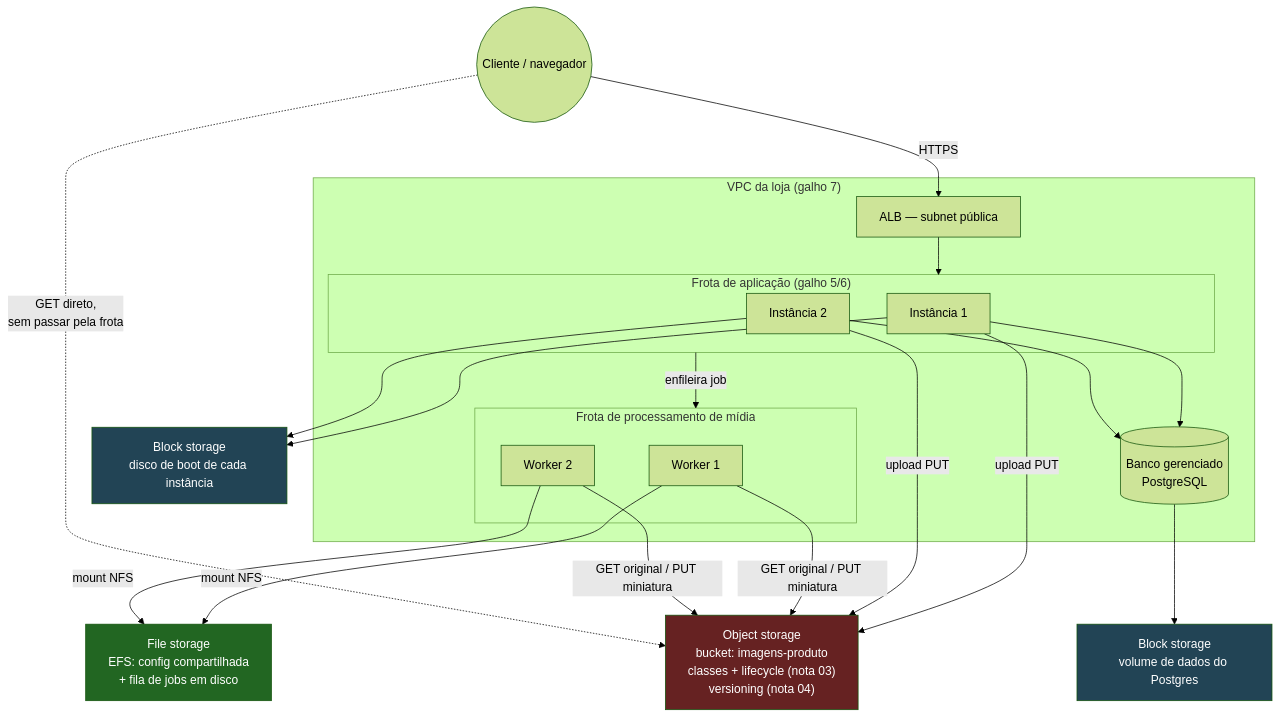
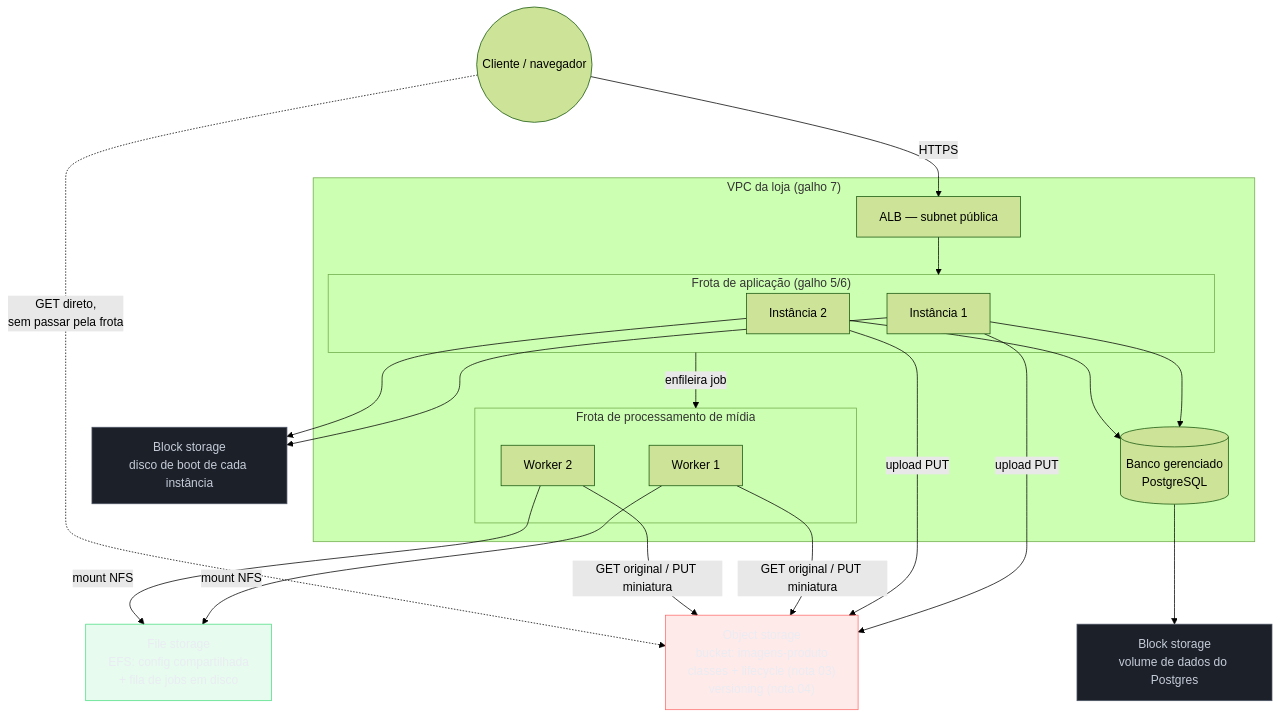
One commit to josenaldo/codex-technomanticus changed the third of 3 diagrams in 03-Dominios/Tecnologia/Cloud/08 - Armazenamento (object, block e file)/06 - File storage e a escolha do armazenamento.md. Above: the diagram before and after it, drawn with Mermaid (forest theme). The commit also changed other lines of this file and 1181 other files, not shown here.

First line of the commit message:
fix(diagramas): paleta do sistema no lugar de cor cravada no markdown

````diff
--- a/03-Dominios/Tecnologia/Cloud/08 - Armazenamento (object, block e file)/06 - File storage e a escolha do armazenamento.md
+++ b/03-Dominios/Tecnologia/Cloud/08 - Armazenamento (object, block e file)/06 - File storage e a escolha do armazenamento.md
@@ -309,36 +312,39 @@
 ```mermaid
 flowchart TB
+    classDef falha fill:#FF6B6B24,stroke:#FF6B6B,color:#E9ECF2
+    classDef ok fill:#4ADE8021,stroke:#4ADE80,color:#E9ECF2
+    classDef neutro fill:#1B2029,stroke:#4E5666,color:#C6CCD8
     User(("Cliente / navegador"))
 
     subgraph VPC["VPC da loja (galho 7)"]
         ALB["ALB — subnet pública"]
         subgraph AppTier["Frota de aplicação (galho 5/6)"]
             App1["Instância 1"]
             App2["Instância 2"]
         end
         subgraph Pipeline["Frota de processamento de mídia"]
             Pipe1["Worker 1"]
             Pipe2["Worker 2"]
         end
         DB[("Banco gerenciado<br/>PostgreSQL")]
     end
 
     EBSBoot["Block storage<br/>disco de boot de cada instância"]
     EBSDados["Block storage<br/>volume de dados do Postgres"]
     S3Bucket["Object storage<br/>bucket: imagens-produto<br/>classes + lifecycle (nota 03)<br/>versioning (nota 04)"]
     EFSConfig["File storage<br/>EFS: config compartilhada<br/>+ fila de jobs em disco"]
 
     User -->|"HTTPS"| ALB --> AppTier
     App1 & App2 --> EBSBoot
     App1 & App2 -->|"upload PUT"| S3Bucket
     App1 & App2 --> DB --> EBSDados
     AppTier -->|"enfileira job"| Pipeline
     Pipe1 & Pipe2 -->|"mount NFS"| EFSConfig
     Pipe1 & Pipe2 -->|"GET original / PUT miniatura"| S3Bucket
     User -.->|"GET direto,<br/>sem passar pela frota"| S3Bucket
 
-    style S3Bucket fill:#622,color:#fff
-    style EFSConfig fill:#262,color:#fff
-    style EBSBoot fill:#245,color:#fff
-    style EBSDados fill:#245,color:#fff
+    class S3Bucket falha
+    class EFSConfig ok
+    class EBSBoot neutro
+    class EBSDados neutro
 ```
````
